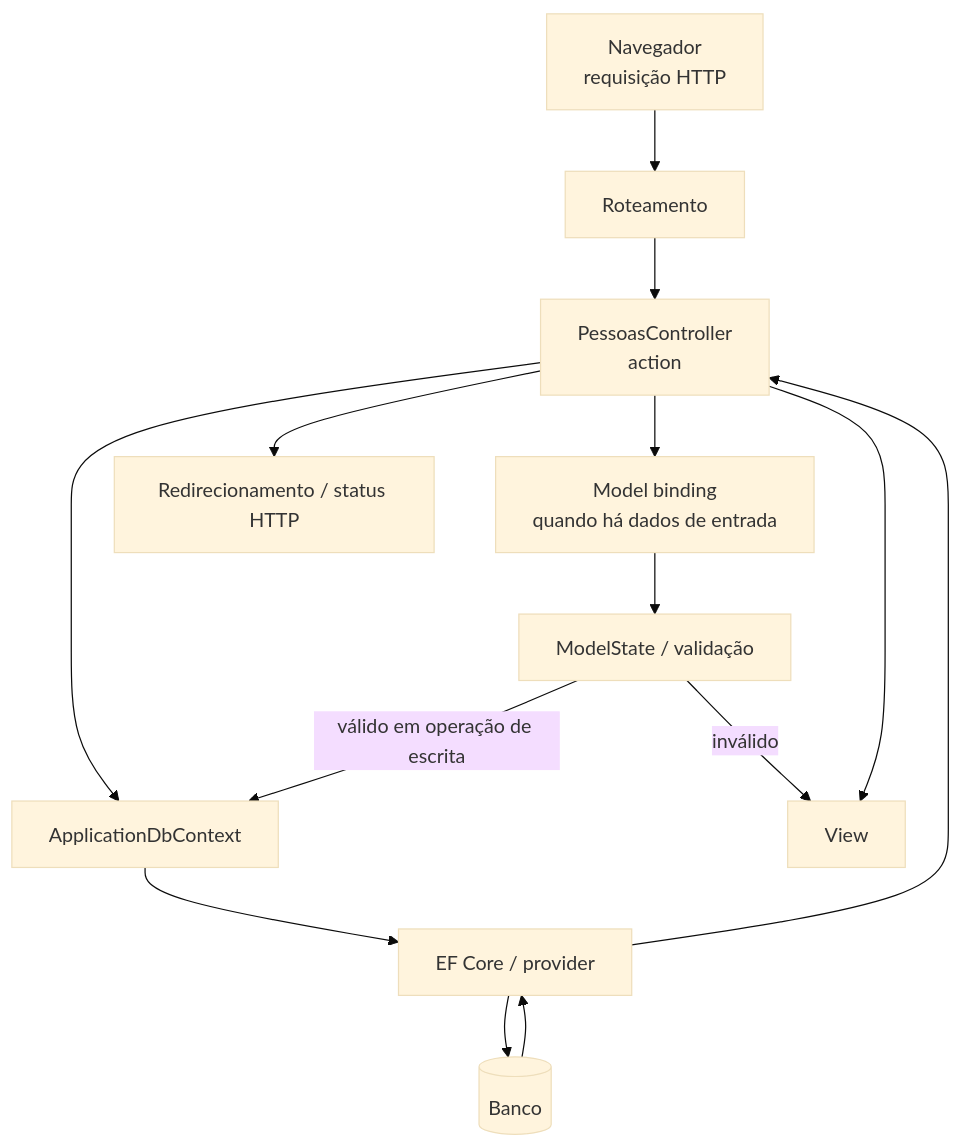
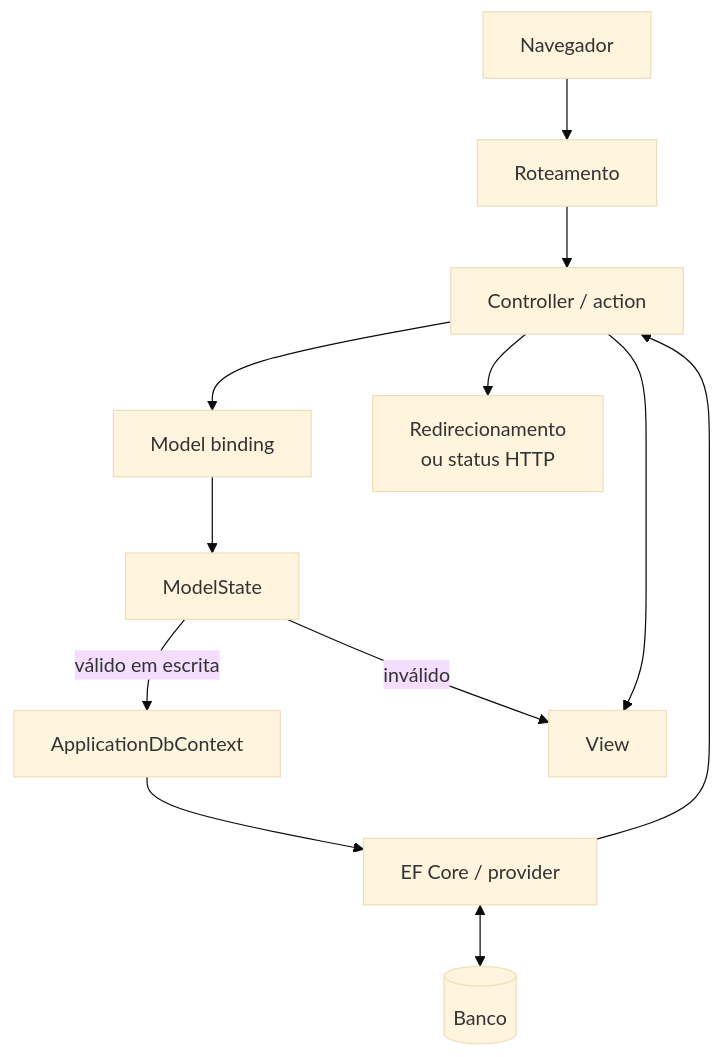
Before and after one commit to leorruas/puc: the fourth of 4 diagrams in 05. Desenvolvimento Web Back-End/06. Model, validação e persistência no ASP.NET Core MVC.md, drawn with Mermaid (base theme). The commit also changed other lines of this file, not shown here.

Commit message:
Normaliza Mermaid de validação e persistência MVC

````diff
--- a/05. Desenvolvimento Web Back-End/06. Model, validação e persistência no ASP.NET Core MVC.md
+++ b/05. Desenvolvimento Web Back-End/06. Model, validação e persistência no ASP.NET Core MVC.md
@@ -800,16 +819,25 @@
 ```mermaid
 flowchart TD
-    U["Navegador<br>requisição HTTP"] --> R["Roteamento"]
-    R --> A["PessoasController<br>action"]
-    A --> B["Model binding<br>quando há dados de entrada"]
-    B --> MS["ModelState / validação"]
-    A --> Q["ApplicationDbContext"]
-    MS -->|"válido em operação de escrita"| Q
-    Q --> EF["EF Core / provider"]
-    EF --> DB[("Banco")]
-    DB --> EF
-    EF --> A
-    MS -->|"inválido"| V["View"]
-    A --> V
-    A --> RED["Redirecionamento / status HTTP"]
+    Navegador["Navegador"]:::external
+    Rota["Roteamento"]:::component
+    Action["Controller / action"]:::core
+    Binding["Model binding"]:::component
+    State["ModelState"]:::component
+    Contexto["ApplicationDbContext"]:::data
+    EF["EF Core / provider"]:::data
+    Banco[("Banco")]:::data
+    View["View"]:::component
+    Resposta["Redirecionamento<br>ou status HTTP"]:::external
+
+    Navegador --> Rota
+    Rota --> Action
+    Action --> Binding
+    Binding --> State
+    State -->|"válido em escrita"| Contexto
+    Contexto --> EF
+    EF <--> Banco
+    EF --> Action
+    State -->|"inválido"| View
+    Action --> View
+    Action --> Resposta
 ```
````
